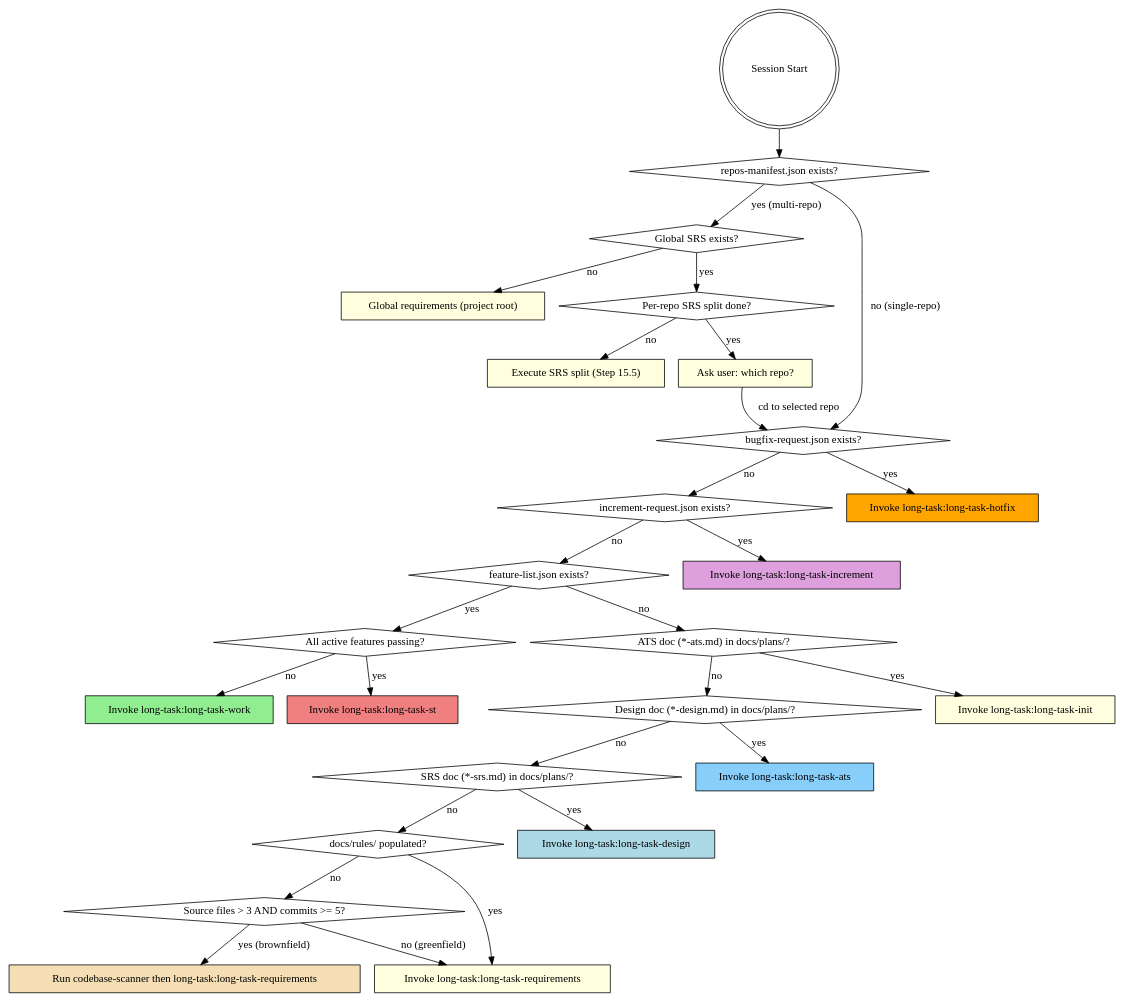
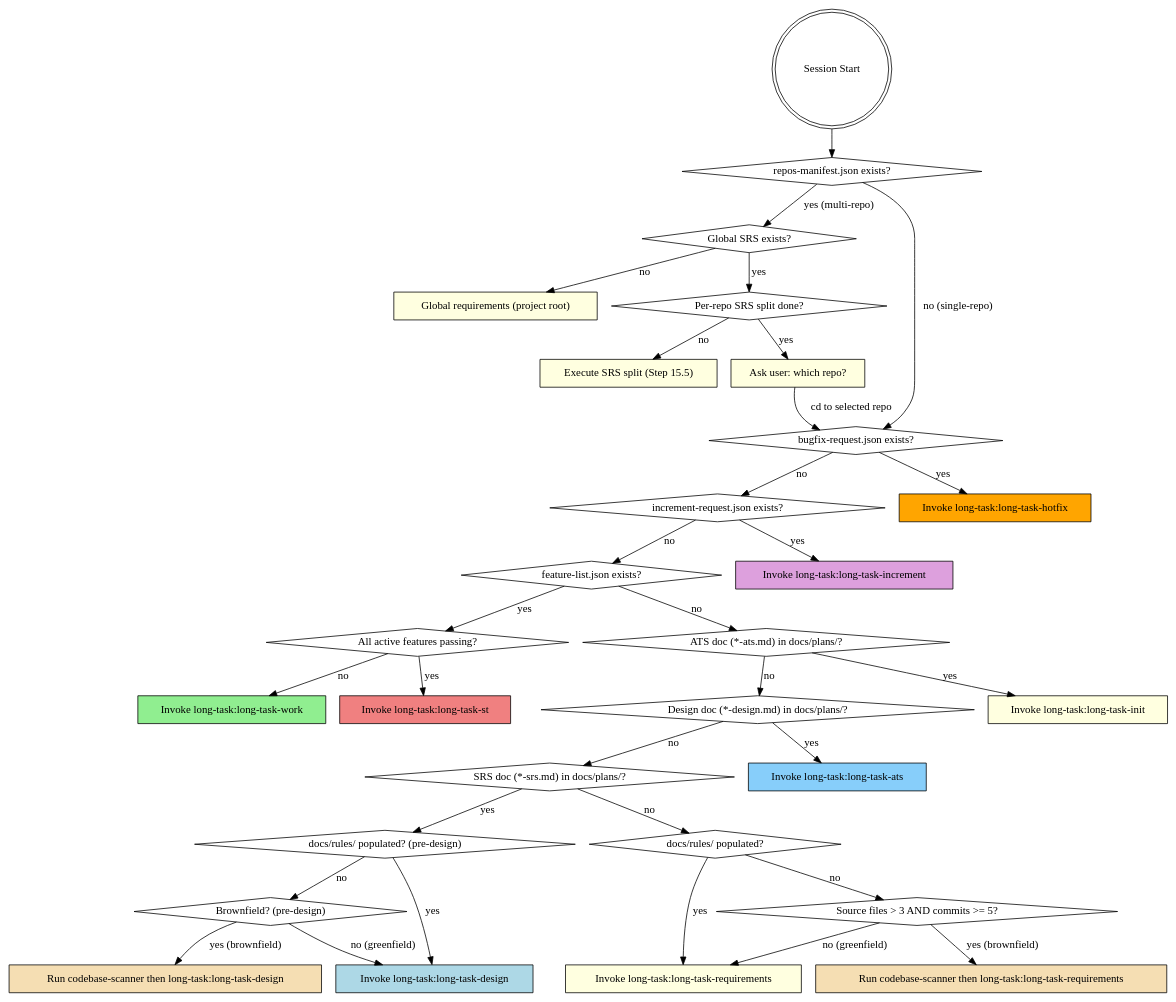
The diagram in skills/using-long-task/SKILL.md (suriyel/longtaskforagent), drawn with Graphviz before and after one commit. The commit also changed other lines of this file and 1 other file, not shown here.

First line of the commit message:
fix: add brownfield gate to rule 5 — multi-repo sub-repos now get codebase-scanner

````diff
--- a/skills/using-long-task/SKILL.md
+++ b/skills/using-long-task/SKILL.md
@@ -24,57 +24,64 @@
 ```dot
 digraph phase_detection {
     "Session Start" [shape=doublecircle];
     "repos-manifest.json exists?" [shape=diamond];
     "Global SRS exists?" [shape=diamond];
     "Per-repo SRS split done?" [shape=diamond];
     "Ask user: which repo?" [shape=box style=filled fillcolor=lightyellow];
     "Global requirements (project root)" [shape=box style=filled fillcolor=lightyellow];
     "Execute SRS split (Step 15.5)" [shape=box style=filled fillcolor=lightyellow];
     "bugfix-request.json exists?" [shape=diamond];
     "increment-request.json exists?" [shape=diamond];
     "feature-list.json exists?" [shape=diamond];
     "All active features passing?" [shape=diamond];
     "Design doc (*-design.md) in docs/plans/?" [shape=diamond];
     "ATS doc (*-ats.md) in docs/plans/?" [shape=diamond];
     "SRS doc (*-srs.md) in docs/plans/?" [shape=diamond];
+    "docs/rules/ populated? (pre-design)" [shape=diamond];
+    "Brownfield? (pre-design)" [shape=diamond];
     "docs/rules/ populated?" [shape=diamond];
     "Source files > 3 AND commits >= 5?" [shape=diamond];
     "Invoke long-task:long-task-hotfix" [shape=box style=filled fillcolor=orange];
     "Invoke long-task:long-task-increment" [shape=box style=filled fillcolor=plum];
     "Invoke long-task:long-task-requirements" [shape=box style=filled fillcolor=lightyellow];
     "Run codebase-scanner then long-task:long-task-requirements" [shape=box style=filled fillcolor=wheat];
+    "Run codebase-scanner then long-task:long-task-design" [shape=box style=filled fillcolor=wheat];
     "Invoke long-task:long-task-design" [shape=box style=filled fillcolor=lightblue];
     "Invoke long-task:long-task-ats" [shape=box style=filled fillcolor=lightskyblue];
     "Invoke long-task:long-task-init" [shape=box style=filled fillcolor=lightyellow];
     "Invoke long-task:long-task-work" [shape=box style=filled fillcolor=lightgreen];
     "Invoke long-task:long-task-st" [shape=box style=filled fillcolor=lightcoral];
 
     "Session Start" -> "repos-manifest.json exists?";
     "repos-manifest.json exists?" -> "Global SRS exists?" [label="yes (multi-repo)"];
     "repos-manifest.json exists?" -> "bugfix-request.json exists?" [label="no (single-repo)"];
     "Global SRS exists?" -> "Global requirements (project root)" [label="no"];
     "Global SRS exists?" -> "Per-repo SRS split done?" [label="yes"];
     "Per-repo SRS split done?" -> "Execute SRS split (Step 15.5)" [label="no"];
     "Per-repo SRS split done?" -> "Ask user: which repo?" [label="yes"];
     "Ask user: which repo?" -> "bugfix-request.json exists?" [label="cd to selected repo"];
 
     "bugfix-request.json exists?" -> "Invoke long-task:long-task-hotfix" [label="yes"];
     "bugfix-request.json exists?" -> "increment-request.json exists?" [label="no"];
     "increment-request.json exists?" -> "Invoke long-task:long-task-increment" [label="yes"];
     "increment-request.json exists?" -> "feature-list.json exists?" [label="no"];
     "feature-list.json exists?" -> "All active features passing?" [label="yes"];
     "All active features passing?" -> "Invoke long-task:long-task-st" [label="yes"];
     "All active features passing?" -> "Invoke long-task:long-task-work" [label="no"];
     "feature-list.json exists?" -> "ATS doc (*-ats.md) in docs/plans/?" [label="no"];
     "ATS doc (*-ats.md) in docs/plans/?" -> "Invoke long-task:long-task-init" [label="yes"];
     "ATS doc (*-ats.md) in docs/plans/?" -> "Design doc (*-design.md) in docs/plans/?" [label="no"];
     "Design doc (*-design.md) in docs/plans/?" -> "Invoke long-task:long-task-ats" [label="yes"];
     "Design doc (*-design.md) in docs/plans/?" -> "SRS doc (*-srs.md) in docs/plans/?" [label="no"];
-    "SRS doc (*-srs.md) in docs/plans/?" -> "Invoke long-task:long-task-design" [label="yes"];
+    "SRS doc (*-srs.md) in docs/plans/?" -> "docs/rules/ populated? (pre-design)" [label="yes"];
+    "docs/rules/ populated? (pre-design)" -> "Invoke long-task:long-task-design" [label="yes"];
+    "docs/rules/ populated? (pre-design)" -> "Brownfield? (pre-design)" [label="no"];
+    "Brownfield? (pre-design)" -> "Run codebase-scanner then long-task:long-task-design" [label="yes (brownfield)"];
+    "Brownfield? (pre-design)" -> "Invoke long-task:long-task-design" [label="no (greenfield)"];
     "SRS doc (*-srs.md) in docs/plans/?" -> "docs/rules/ populated?" [label="no"];
     "docs/rules/ populated?" -> "Invoke long-task:long-task-requirements" [label="yes"];
     "docs/rules/ populated?" -> "Source files > 3 AND commits >= 5?" [label="no"];
     "Source files > 3 AND commits >= 5?" -> "Run codebase-scanner then long-task:long-task-requirements" [label="yes (brownfield)"];
     "Source files > 3 AND commits >= 5?" -> "Invoke long-task:long-task-requirements" [label="no (greenfield)"];
 }
 ```
````
